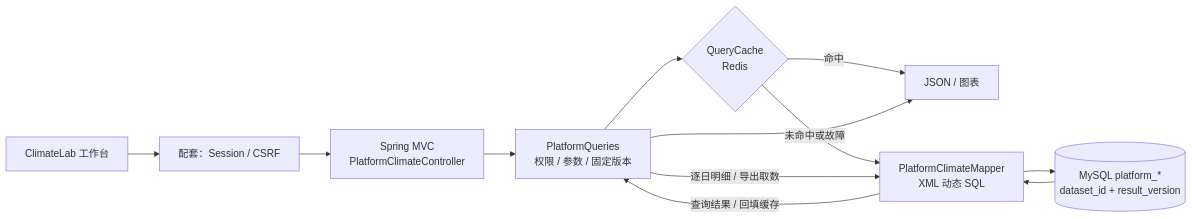
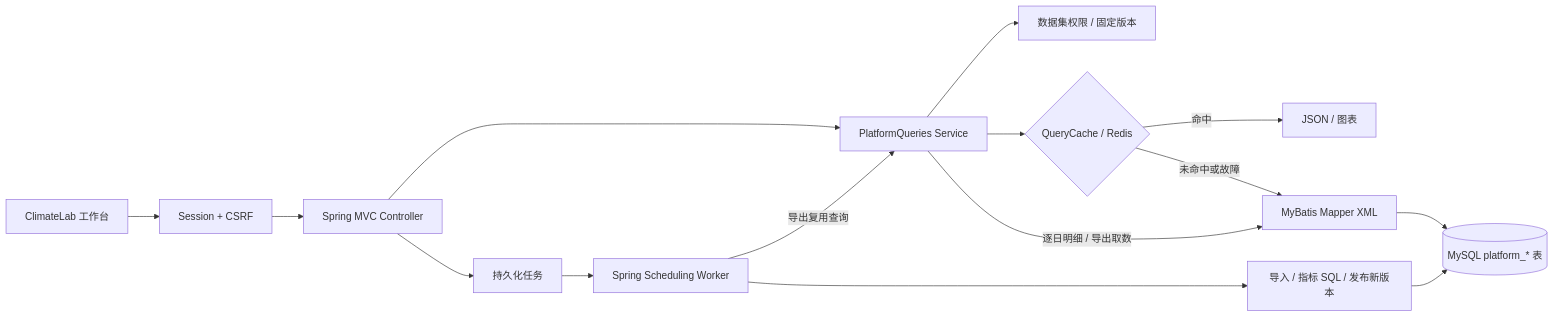
The diagram in README.md (xzxzuo/ucas-climate-service), drawn with Mermaid before and after one commit. The commit also changed other lines of this file and 56 other files, not shown here.

````diff
--- a/README.md
+++ b/README.md
@@ -28,14 +38,17 @@
 ```mermaid
 flowchart LR
-  UI[ClimateLab 工作台] --> AUTH[配套：Session / CSRF]
-  AUTH --> MVC["Spring MVC<br/>PlatformClimateController"]
-  MVC --> SERVICE["PlatformQueries<br/>权限 / 参数 / 固定版本"]
-  SERVICE --> CACHE{"QueryCache<br/>Redis"}
+  UI[ClimateLab 工作台] --> AUTH[Session + CSRF]
+  AUTH --> MVC[Spring MVC Controller]
+  MVC --> SERVICE[PlatformQueries Service]
+  SERVICE --> ACL[数据集权限 / 固定版本]
+  SERVICE --> CACHE{QueryCache / Redis}
   CACHE -->|命中| JSON[JSON / 图表]
-  CACHE -->|未命中或故障| MAPPER["PlatformClimateMapper<br/>XML 动态 SQL"]
+  CACHE -->|未命中或故障| MAPPER[MyBatis Mapper XML]
   SERVICE -->|逐日明细 / 导出取数| MAPPER
-  MAPPER --> MYSQL[("MySQL platform_*<br/>dataset_id + result_version")]
-  MYSQL --> MAPPER
-  MAPPER -->|查询结果 / 回填缓存| SERVICE
-  SERVICE --> JSON
+  MAPPER --> DB[(MySQL platform_* 表)]
+  MVC --> TASK[持久化任务]
+  TASK --> WORKER[Spring Scheduling Worker]
+  WORKER --> IMPORT[导入 / 指标 SQL / 发布新版本]
+  IMPORT --> DB
+  WORKER -->|导出复用查询| SERVICE
 ```
````
